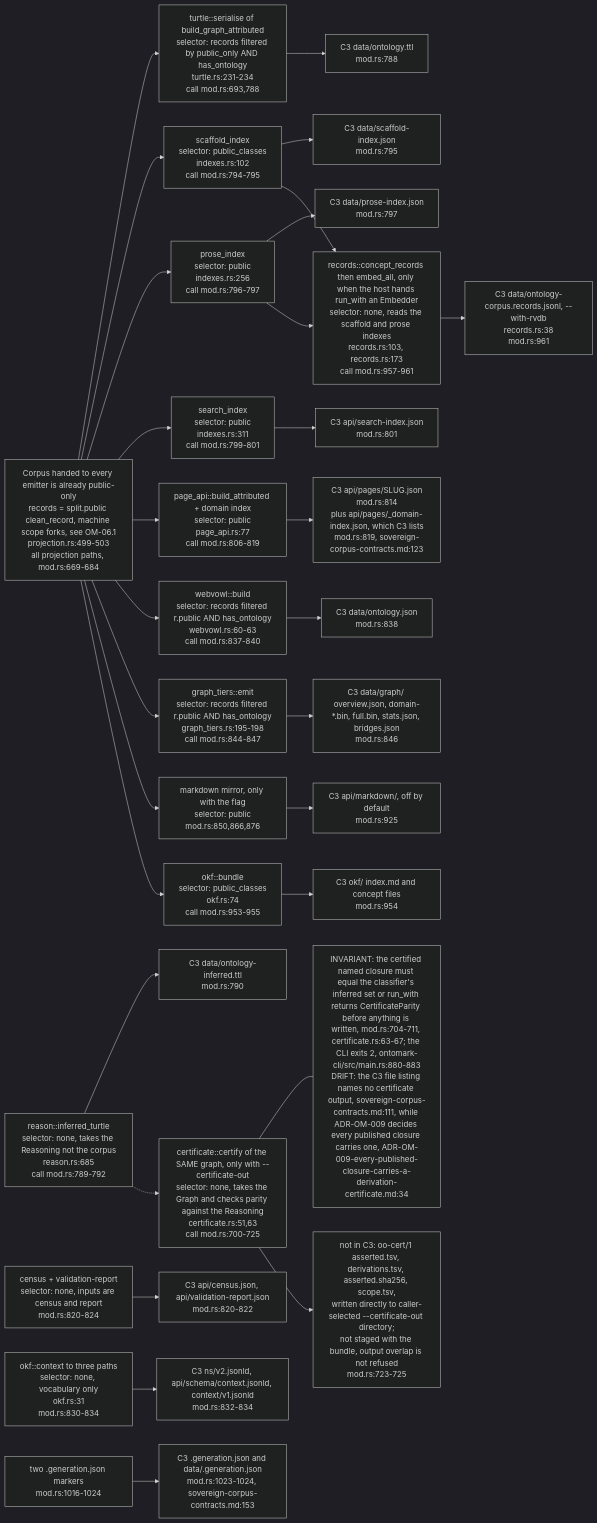
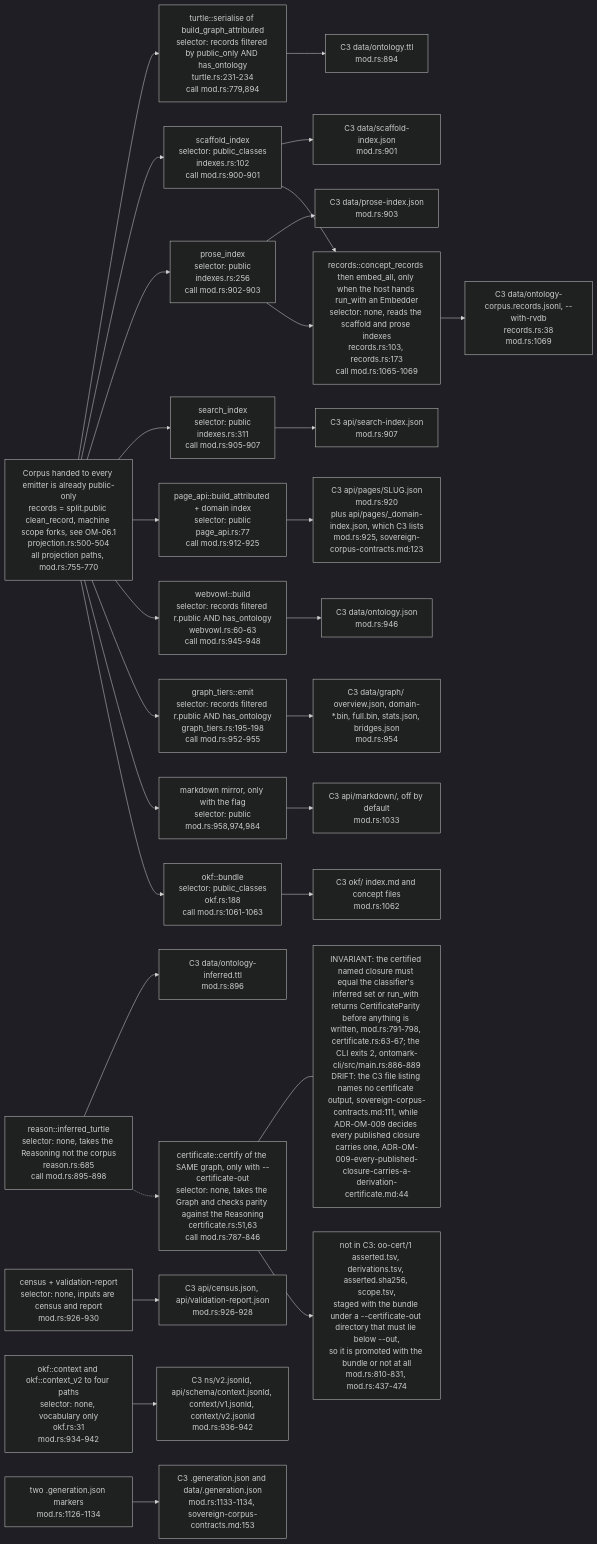
The first of 7 diagrams in docs/diagrams/ontomark/04-emitters-turtle-indexes-tiers-and-contract-c3.md (DreamLab-AI/VisionFlow), drawn with Mermaid (dark theme) before and after one commit. The commit also changed other lines of this file and 59 other files, not shown here.

First line of the commit message:
docs(diagrams): re-derive and re-stamp forum, website, pod, ontomark and sealmap topics

````diff
--- a/docs/diagrams/ontomark/04-emitters-turtle-indexes-tiers-and-contract-c3.md
+++ b/docs/diagrams/ontomark/04-emitters-turtle-indexes-tiers-and-contract-c3.md
@@ -34,40 +34,40 @@
 ```mermaid
 flowchart LR
-    PROJ["Corpus handed to every emitter is already public-only<br/>records = split.public clean_record, machine scope forks, see OM-06.1<br/>projection.rs:499-503<br/>all projection paths, mod.rs:669-684"]
-    TTL["turtle::serialise of build_graph_attributed<br/>selector: records filtered by public_only AND has_ontology<br/>turtle.rs:231-234<br/>call mod.rs:693,788"]
-    INF["reason::inferred_turtle<br/>selector: none, takes the Reasoning not the corpus<br/>reason.rs:685<br/>call mod.rs:789-792"]
-    SCA["scaffold_index<br/>selector: public_classes<br/>indexes.rs:102<br/>call mod.rs:794-795"]
-    PRO["prose_index<br/>selector: public<br/>indexes.rs:256<br/>call mod.rs:796-797"]
-    SRCH["search_index<br/>selector: public<br/>indexes.rs:311<br/>call mod.rs:799-801"]
-    PG["page_api::build_attributed + domain index<br/>selector: public<br/>page_api.rs:77<br/>call mod.rs:806-819"]
-    CEN["census + validation-report<br/>selector: none, inputs are census and report<br/>mod.rs:820-824"]
-    CTX["okf::context to three paths<br/>selector: none, vocabulary only<br/>okf.rs:31<br/>mod.rs:830-834"]
-    VOWL["webvowl::build<br/>selector: records filtered r.public AND has_ontology<br/>webvowl.rs:60-63<br/>call mod.rs:837-840"]
-    TIER["graph_tiers::emit<br/>selector: records filtered r.public AND has_ontology<br/>graph_tiers.rs:195-198<br/>call mod.rs:844-847"]
-    MIR["markdown mirror, only with the flag<br/>selector: public<br/>mod.rs:850,866,876"]
-    OKF["okf::bundle<br/>selector: public_classes<br/>okf.rs:74<br/>call mod.rs:953-955"]
-    GEN["two .generation.json markers<br/>mod.rs:1016-1024"]
-    CERT["certificate::certify of the SAME graph, only with --certificate-out<br/>selector: none, takes the Graph and checks parity against the Reasoning<br/>certificate.rs:51,63<br/>call mod.rs:700-725"]
+    PROJ["Corpus handed to every emitter is already public-only<br/>records = split.public clean_record, machine scope forks, see OM-06.1<br/>projection.rs:500-504<br/>all projection paths, mod.rs:755-770"]
+    TTL["turtle::serialise of build_graph_attributed<br/>selector: records filtered by public_only AND has_ontology<br/>turtle.rs:231-234<br/>call mod.rs:779,894"]
+    INF["reason::inferred_turtle<br/>selector: none, takes the Reasoning not the corpus<br/>reason.rs:685<br/>call mod.rs:895-898"]
+    SCA["scaffold_index<br/>selector: public_classes<br/>indexes.rs:102<br/>call mod.rs:900-901"]
+    PRO["prose_index<br/>selector: public<br/>indexes.rs:256<br/>call mod.rs:902-903"]
+    SRCH["search_index<br/>selector: public<br/>indexes.rs:311<br/>call mod.rs:905-907"]
+    PG["page_api::build_attributed + domain index<br/>selector: public<br/>page_api.rs:77<br/>call mod.rs:912-925"]
+    CEN["census + validation-report<br/>selector: none, inputs are census and report<br/>mod.rs:926-930"]
+    CTX["okf::context and okf::context_v2 to four paths<br/>selector: none, vocabulary only<br/>okf.rs:31<br/>mod.rs:934-942"]
+    VOWL["webvowl::build<br/>selector: records filtered r.public AND has_ontology<br/>webvowl.rs:60-63<br/>call mod.rs:945-948"]
+    TIER["graph_tiers::emit<br/>selector: records filtered r.public AND has_ontology<br/>graph_tiers.rs:195-198<br/>call mod.rs:952-955"]
+    MIR["markdown mirror, only with the flag<br/>selector: public<br/>mod.rs:958,974,984"]
+    OKF["okf::bundle<br/>selector: public_classes<br/>okf.rs:188<br/>call mod.rs:1061-1063"]
+    GEN["two .generation.json markers<br/>mod.rs:1126-1134"]
+    CERT["certificate::certify of the SAME graph, only with --certificate-out<br/>selector: none, takes the Graph and checks parity against the Reasoning<br/>certificate.rs:51,63<br/>call mod.rs:787-846"]
     PROJ --> TTL & SCA & PRO & SRCH & PG & VOWL & TIER & MIR & OKF
-    TTL --> C1["C3 data/ontology.ttl<br/>mod.rs:788"]
-    INF --> C2["C3 data/ontology-inferred.ttl<br/>mod.rs:790"]
-    SCA --> C3["C3 data/scaffold-index.json<br/>mod.rs:795"]
-    PRO --> C4["C3 data/prose-index.json<br/>mod.rs:797"]
-    SRCH --> C5["C3 api/search-index.json<br/>mod.rs:801"]
-    PG --> C6["C3 api/pages/SLUG.json<br/>mod.rs:814<br/>plus api/pages/_domain-index.json, which C3 lists<br/>mod.rs:819, sovereign-corpus-contracts.md:123"]
-    CEN --> C7["C3 api/census.json, api/validation-report.json<br/>mod.rs:820-822"]
-    CTX --> C8["C3 ns/v2.jsonld, api/schema/context.jsonld, context/v1.jsonld<br/>mod.rs:832-834"]
-    VOWL --> C9["C3 data/ontology.json<br/>mod.rs:838"]
-    TIER --> C10["C3 data/graph/ overview.json, domain-*.bin, full.bin, stats.json, bridges.json<br/>mod.rs:846"]
-    MIR --> C11["C3 api/markdown/, off by default<br/>mod.rs:925"]
-    OKF --> C12["C3 okf/ index.md and concept files<br/>mod.rs:954"]
-    GEN --> C13["C3 .generation.json and data/.generation.json<br/>mod.rs:1023-1024, sovereign-corpus-contracts.md:153"]
+    TTL --> C1["C3 data/ontology.ttl<br/>mod.rs:894"]
+    INF --> C2["C3 data/ontology-inferred.ttl<br/>mod.rs:896"]
+    SCA --> C3["C3 data/scaffold-index.json<br/>mod.rs:901"]
+    PRO --> C4["C3 data/prose-index.json<br/>mod.rs:903"]
+    SRCH --> C5["C3 api/search-index.json<br/>mod.rs:907"]
+    PG --> C6["C3 api/pages/SLUG.json<br/>mod.rs:920<br/>plus api/pages/_domain-index.json, which C3 lists<br/>mod.rs:925, sovereign-corpus-contracts.md:123"]
+    CEN --> C7["C3 api/census.json, api/validation-report.json<br/>mod.rs:926-928"]
+    CTX --> C8["C3 ns/v2.jsonld, api/schema/context.jsonld, context/v1.jsonld, context/v2.jsonld<br/>mod.rs:936-942"]
+    VOWL --> C9["C3 data/ontology.json<br/>mod.rs:946"]
+    TIER --> C10["C3 data/graph/ overview.json, domain-*.bin, full.bin, stats.json, bridges.json<br/>mod.rs:954"]
+    MIR --> C11["C3 api/markdown/, off by default<br/>mod.rs:1033"]
+    OKF --> C12["C3 okf/ index.md and concept files<br/>mod.rs:1062"]
+    GEN --> C13["C3 .generation.json and data/.generation.json<br/>mod.rs:1133-1134, sovereign-corpus-contracts.md:153"]
     INF -.-> CERT
-    NC["INVARIANT: the certified named closure must equal the classifier's inferred set or run_with returns CertificateParity before anything is written, mod.rs:704-711, certificate.rs:63-67; the CLI exits 2, ontomark-cli/src/main.rs:880-883<br/>DRIFT: the C3 file listing names no certificate output, sovereign-corpus-contracts.md:111, while ADR-OM-009 decides every published closure carries one, ADR-OM-009-every-published-closure-carries-a-derivation-certificate.md:34"]
+    NC["INVARIANT: the certified named closure must equal the classifier's inferred set or run_with returns CertificateParity before anything is written, mod.rs:791-798, certificate.rs:63-67; the CLI exits 2, ontomark-cli/src/main.rs:886-889<br/>DRIFT: the C3 file listing names no certificate output, sovereign-corpus-contracts.md:111, while ADR-OM-009 decides every published closure carries one, ADR-OM-009-every-published-closure-carries-a-derivation-certificate.md:44"]
     CERT --- NC
-    CERT --> C15["not in C3: oo-cert/1 asserted.tsv, derivations.tsv, asserted.sha256, scope.tsv,<br/>written directly to caller-selected --certificate-out directory;<br/>not staged with the bundle, output overlap is not refused<br/>mod.rs:723-725"]
-    REC["records::concept_records then embed_all, only when the host hands run_with an Embedder<br/>selector: none, reads the scaffold and prose indexes<br/>records.rs:103, records.rs:173<br/>call mod.rs:957-961"]
+    CERT --> C15["not in C3: oo-cert/1 asserted.tsv, derivations.tsv, asserted.sha256, scope.tsv,<br/>staged with the bundle under a --certificate-out directory that must lie below --out,<br/>so it is promoted with the bundle or not at all<br/>mod.rs:810-831, mod.rs:437-474"]
+    REC["records::concept_records then embed_all, only when the host hands run_with an Embedder<br/>selector: none, reads the scaffold and prose indexes<br/>records.rs:103, records.rs:173<br/>call mod.rs:1065-1069"]
     SCA --> REC
     PRO --> REC
-    REC --> C14["C3 data/ontology-corpus.records.jsonl, --with-rvdb<br/>records.rs:38<br/>mod.rs:961"]
+    REC --> C14["C3 data/ontology-corpus.records.jsonl, --with-rvdb<br/>records.rs:38<br/>mod.rs:1069"]
 ```
````
